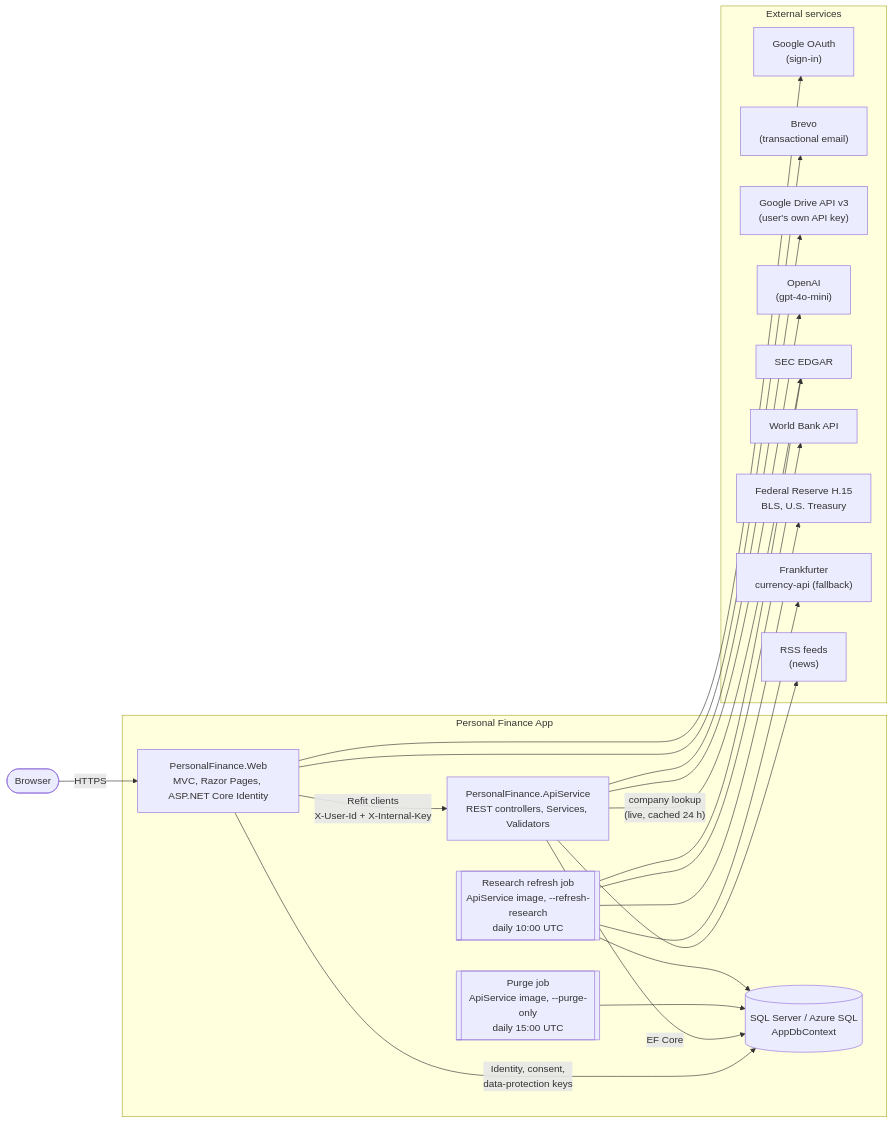
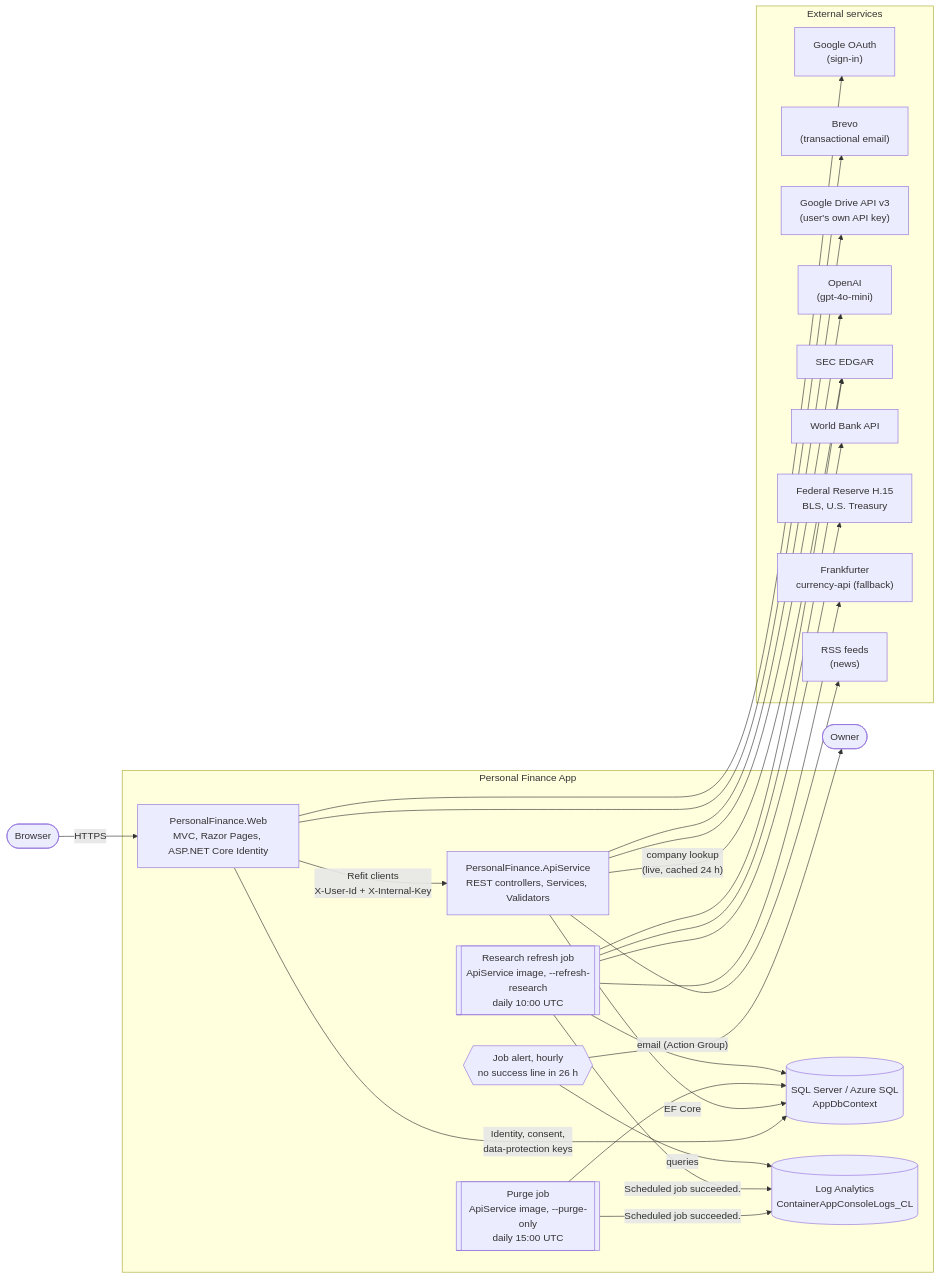
The first of 28 diagrams in docs/DIAGRAMS.md (tngo0508/PersonalFinance), drawn with Mermaid before and after one commit. The commit also changed other lines of this file and 12 other files, not shown here.

First line of the commit message:
feat: alert when the daily Purge or Research refresh job misses its success (#150)

````diff
--- a/docs/DIAGRAMS.md
+++ b/docs/DIAGRAMS.md
@@ -48,35 +48,40 @@
 ```mermaid
 flowchart LR
     user(["Browser"])
 
     subgraph app["Personal Finance App"]
         web["PersonalFinance.Web<br/>MVC, Razor Pages, ASP.NET Core Identity"]
         api["PersonalFinance.ApiService<br/>REST controllers, Services, Validators"]
         db[("SQL Server / Azure SQL<br/>AppDbContext")]
         purge[["Purge job<br/>ApiService image, --purge-only<br/>daily 15:00 UTC"]]
         refresh[["Research refresh job<br/>ApiService image, --refresh-research<br/>daily 10:00 UTC"]]
+        logs[("Log Analytics<br/>ContainerAppConsoleLogs_CL")]
+        alert{{"Job alert, hourly<br/>no success line in 26 h"}}
     end
 
     subgraph ext["External services"]
         goauth["Google OAuth<br/>(sign-in)"]
         brevo["Brevo<br/>(transactional email)"]
         gdrive["Google Drive API v3<br/>(user's own API key)"]
         openai["OpenAI<br/>(gpt-4o-mini)"]
         sec["SEC EDGAR"]
         wb["World Bank API"]
         fed["Federal Reserve H.15<br/>BLS, U.S. Treasury"]
         fx["Frankfurter<br/>currency-api (fallback)"]
         rss["RSS feeds<br/>(news)"]
     end
 
     user -- "HTTPS" --> web
     web -- "Refit clients<br/>X-User-Id + X-Internal-Key" --> api
     web -- "Identity, consent,<br/>data-protection keys" --> db
     api -- "EF Core" --> db
     purge --> db
     refresh --> db
     refresh --> sec & wb & fed & fx
+    purge & refresh -- "Scheduled job succeeded." --> logs
+    alert -- "queries" --> logs
+    alert -- "email (Action Group)" --> owner(["Owner"])
     web --> goauth & brevo
     api --> gdrive & openai & rss
     api -- "company lookup<br/>(live, cached 24 h)" --> sec
 ```
````
